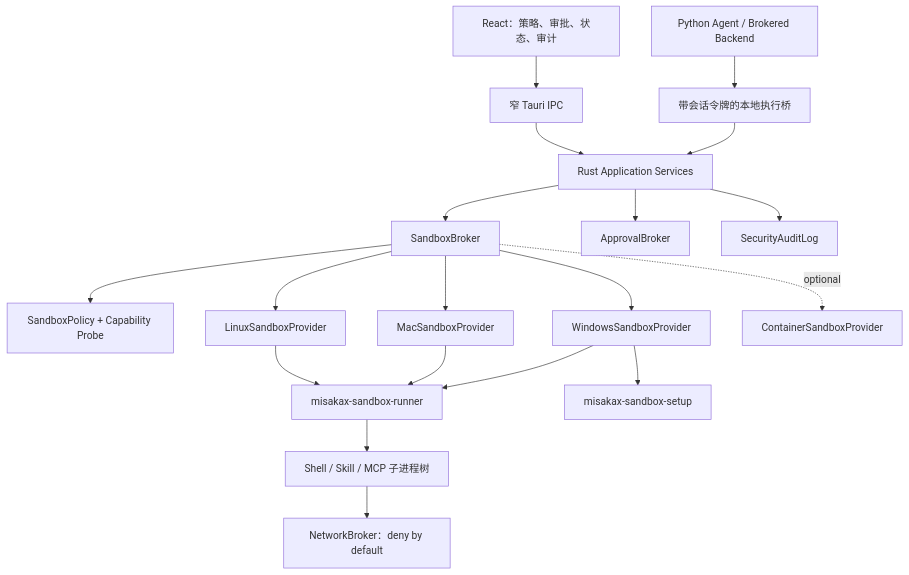
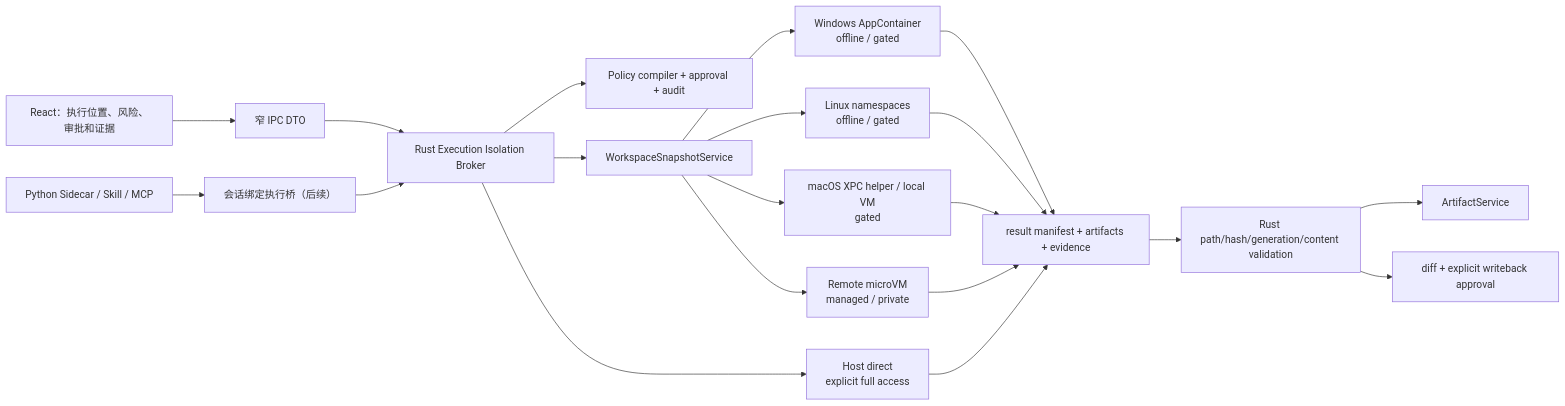
Before and after one commit to knqiufan/MisakaX: the diagram in docs/architecture/SANDBOX_TECH_SELECTION.md, drawn with Mermaid. The commit also changed other lines of this file and 22 other files, not shown here.

Commit message:
feat(sandbox): establish isolation S0 contracts

````diff
--- a/docs/architecture/SANDBOX_TECH_SELECTION.md
+++ b/docs/architecture/SANDBOX_TECH_SELECTION.md
@@ -48,21 +48,22 @@
 ```mermaid
-flowchart TB
-    UI["React：策略、审批、状态、审计"] --> IPC["窄 Tauri IPC"]
-    PY["Python Agent / Brokered Backend"] --> BRIDGE["带会话令牌的本地执行桥"]
-    IPC --> APP["Rust Application Services"]
-    BRIDGE --> APP
-    APP --> SB["SandboxBroker"]
-    APP --> AB["ApprovalBroker"]
-    APP --> AUDIT["SecurityAuditLog"]
-    SB --> POLICY["SandboxPolicy + Capability Probe"]
-    SB --> LINUX["LinuxSandboxProvider"]
-    SB --> MAC["MacSandboxProvider"]
-    SB --> WIN["WindowsSandboxProvider"]
-    SB -. optional .-> OCI["ContainerSandboxProvider"]
-    LINUX --> RUNNER["misakax-sandbox-runner"]
-    MAC --> RUNNER
-    WIN --> SETUP["misakax-sandbox-setup"]
-    WIN --> RUNNER
-    RUNNER --> CHILD["Shell / Skill / MCP 子进程树"]
-    CHILD --> NET["NetworkBroker：deny by default"]
+flowchart LR
+    UI["React：执行位置、风险、审批和证据"] --> IPC["窄 IPC DTO"]
+    PY["Python Sidecar / Skill / MCP"] --> BRIDGE["会话绑定执行桥（后续）"]
+    IPC --> BKR["Rust Execution Isolation Broker"]
+    BRIDGE --> BKR
+    BKR --> POL["Policy compiler + approval + audit"]
+    BKR --> SNAP["WorkspaceSnapshotService"]
+    SNAP --> WIN["Windows AppContainer\noffline / gated"]
+    SNAP --> LINUX["Linux namespaces\noffline / gated"]
+    SNAP --> MAC["macOS XPC helper / local VM\ngated"]
+    SNAP --> REM["Remote microVM\nmanaged / private"]
+    BKR --> HOST["Host direct\nexplicit full access"]
+    WIN --> RES["result manifest + artifacts + evidence"]
+    LINUX --> RES
+    MAC --> RES
+    REM --> RES
+    HOST --> RES
+    RES --> VERIFY["Rust path/hash/generation/content validation"]
+    VERIFY --> ART["ArtifactService"]
+    VERIFY --> DIFF["diff + explicit writeback approval"]
 ```
````
